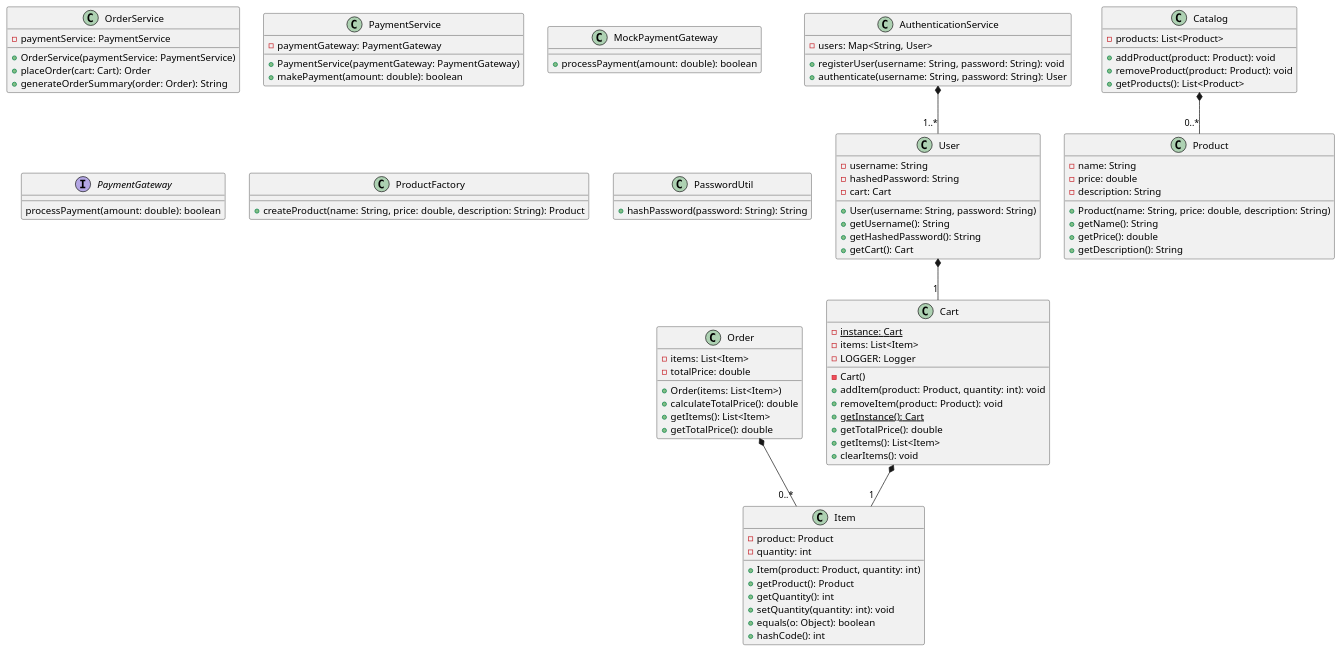
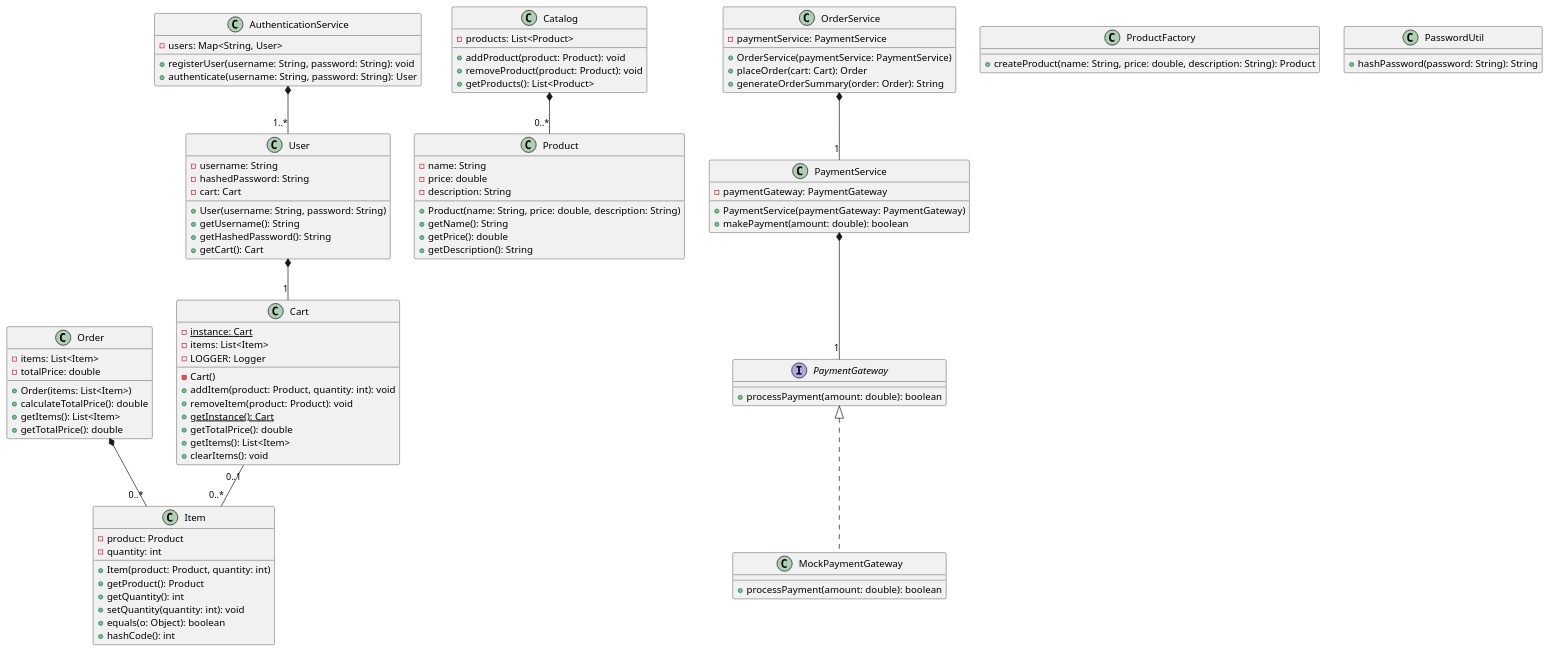
One commit to mplaczek99/SE450-Final changed the diagram in plantuml.puml. Above: the diagram before and after it, drawn with PlantUML. The commit also changed 1 other file, not shown here.

```diff
--- a/plantuml.puml
+++ b/plantuml.puml
@@ -1,104 +1,106 @@
 @startuml
 
 class Cart {
   {static} - instance: Cart
-  -items: List<Item>
-  -LOGGER: Logger
-  -Cart()
-  +addItem(product: Product, quantity: int): void
-  +removeItem(product: Product): void
-  {static} +getInstance(): Cart
-  +getTotalPrice(): double
-  +getItems(): List<Item>
-  +clearItems(): void
+  - items: List<Item>
+  - LOGGER: Logger
+  - Cart()
+  + addItem(product: Product, quantity: int): void
+  + removeItem(product: Product): void
+  {static} + getInstance(): Cart
+  + getTotalPrice(): double
+  + getItems(): List<Item>
+  + clearItems(): void
 }
 
 class Catalog {
-  -products: List<Product>
-  +addProduct(product: Product): void
-  +removeProduct(product: Product): void
-  +getProducts(): List<Product>
+  - products: List<Product>
+  + addProduct(product: Product): void
+  + removeProduct(product: Product): void
+  + getProducts(): List<Product>
 }
 
 class Item {
-  -product: Product
-  -quantity: int
-  +Item(product: Product, quantity: int)
-  +getProduct(): Product
-  +getQuantity(): int
-  +setQuantity(quantity: int): void
-  +equals(o: Object): boolean
-  +hashCode(): int
+  - product: Product
+  - quantity: int
+  + Item(product: Product, quantity: int)
+  + getProduct(): Product
+  + getQuantity(): int
+  + setQuantity(quantity: int): void
+  + equals(o: Object): boolean
+  + hashCode(): int
 }
 
 class Order {
-  -items: List<Item>
-  -totalPrice: double
-  +Order(items: List<Item>)
-  +calculateTotalPrice(): double
-  +getItems(): List<Item>
-  +getTotalPrice(): double
+  - items: List<Item>
+  - totalPrice: double
+  + Order(items: List<Item>)
+  + calculateTotalPrice(): double
+  + getItems(): List<Item>
+  + getTotalPrice(): double
 }
 
 class OrderService {
-  -paymentService: PaymentService
-  +OrderService(paymentService: PaymentService)
-  +placeOrder(cart: Cart): Order
-  +generateOrderSummary(order: Order): String
+  - paymentService: PaymentService
+  + OrderService(paymentService: PaymentService)
+  + placeOrder(cart: Cart): Order
+  + generateOrderSummary(order: Order): String
 }
 
 class PaymentService {
-  -paymentGateway: PaymentGateway
-  +PaymentService(paymentGateway: PaymentGateway)
-  +makePayment(amount: double): boolean
-}
-
-class MockPaymentGateway {
-  +processPayment(amount: double): boolean
+  - paymentGateway: PaymentGateway
+  + PaymentService(paymentGateway: PaymentGateway)
+  + makePayment(amount: double): boolean
 }
 
 interface PaymentGateway {
-  processPayment(amount: double): boolean
+  + processPayment(amount: double): boolean
+}
+
+class MockPaymentGateway implements PaymentGateway {
+  + processPayment(amount: double): boolean
 }
 
 class Product {
-  -name: String
-  -price: double
-  -description: String
-  +Product(name: String, price: double, description: String)
-  +getName(): String
-  +getPrice(): double
-  +getDescription(): String
+  - name: String
+  - price: double
+  - description: String
+  + Product(name: String, price: double, description: String)
+  + getName(): String
+  + getPrice(): double
+  + getDescription(): String
 }
 
 class ProductFactory {
-  +createProduct(name: String, price: double, description: String): Product
+  + createProduct(name: String, price: double, description: String): Product
 }
 
 class User {
-  -username: String
-  -hashedPassword: String
-  -cart: Cart
-  +User(username: String, password: String)
-  +getUsername(): String
-  +getHashedPassword(): String
-  +getCart(): Cart
+  - username: String
+  - hashedPassword: String
+  - cart: Cart
+  + User(username: String, password: String)
+  + getUsername(): String
+  + getHashedPassword(): String
+  + getCart(): Cart
 }
 
 class AuthenticationService {
-  -users: Map<String, User>
-  +registerUser(username: String, password: String): void
-  +authenticate(username: String, password: String): User
+  - users: Map<String, User>
+  + registerUser(username: String, password: String): void
+  + authenticate(username: String, password: String): User
 }
 
 class PasswordUtil {
-  +hashPassword(password: String): String
+  + hashPassword(password: String): String
 }
 
-Cart *-- "1" Item
+Cart "0..1" -- "0..*" Item
 Catalog *-- "0..*" Product
 Order *-- "0..*" Item
 User *-- "1" Cart
+OrderService *-- "1" PaymentService
+PaymentService *-- "1" PaymentGateway
 AuthenticationService *-- "1..*" User
 
 @enduml
```
